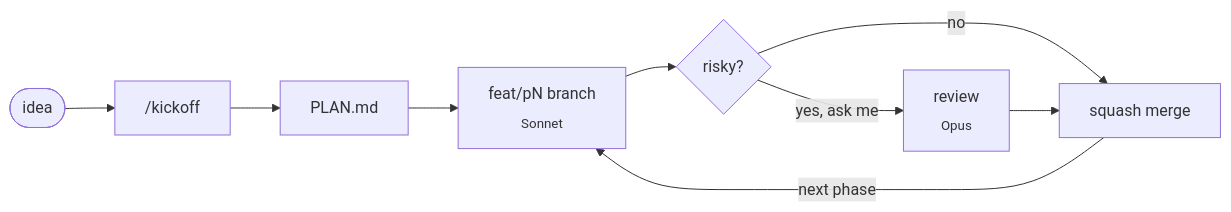
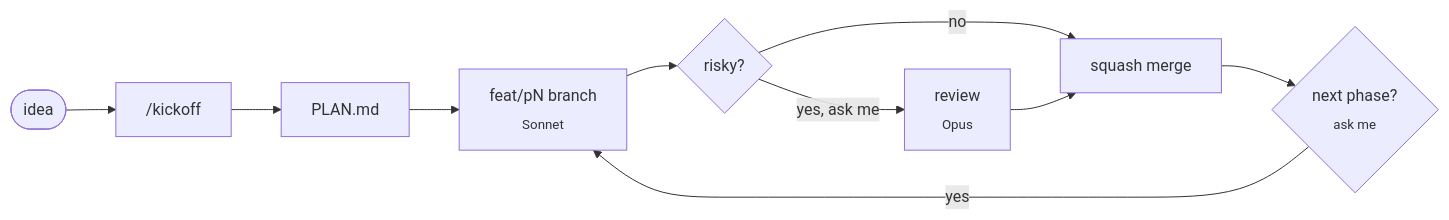
Before and after one commit to criscornea/vibe_starter: the diagram in README.md, drawn with Mermaid. The commit also changed other lines of this file and 2 other files, not shown here.

First line of the commit message:
chore: ask before each next phase

````diff
--- a/README.md
+++ b/README.md
@@ -33,10 +33,11 @@
 ```mermaid
 flowchart LR
     A([idea]) --> K["/kickoff"] --> P[PLAN.md]
     P --> I[feat/pN branch<br/><sub>Sonnet</sub>]
     I --> G{risky?}
     G -->|no| M[squash merge]
     G -->|yes, ask me| V[review<br/><sub>Opus</sub>]
     V --> M
-    M -->|next phase| I
+    M --> Q{next phase?<br/><sub>ask me</sub>}
+    Q -->|yes| I
 ```
````
